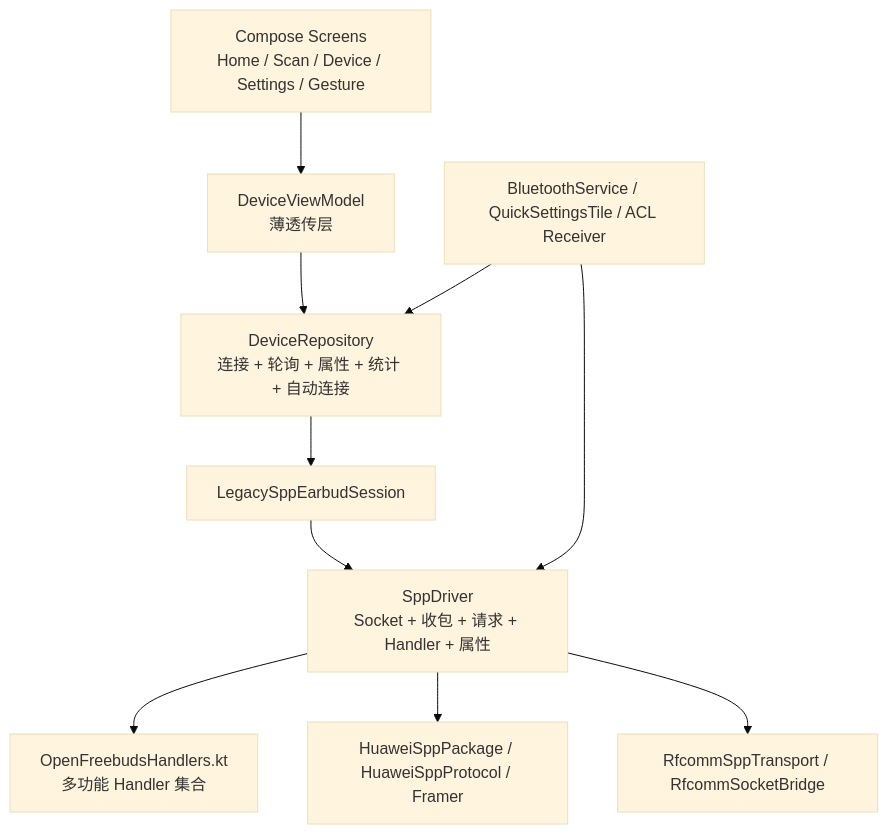
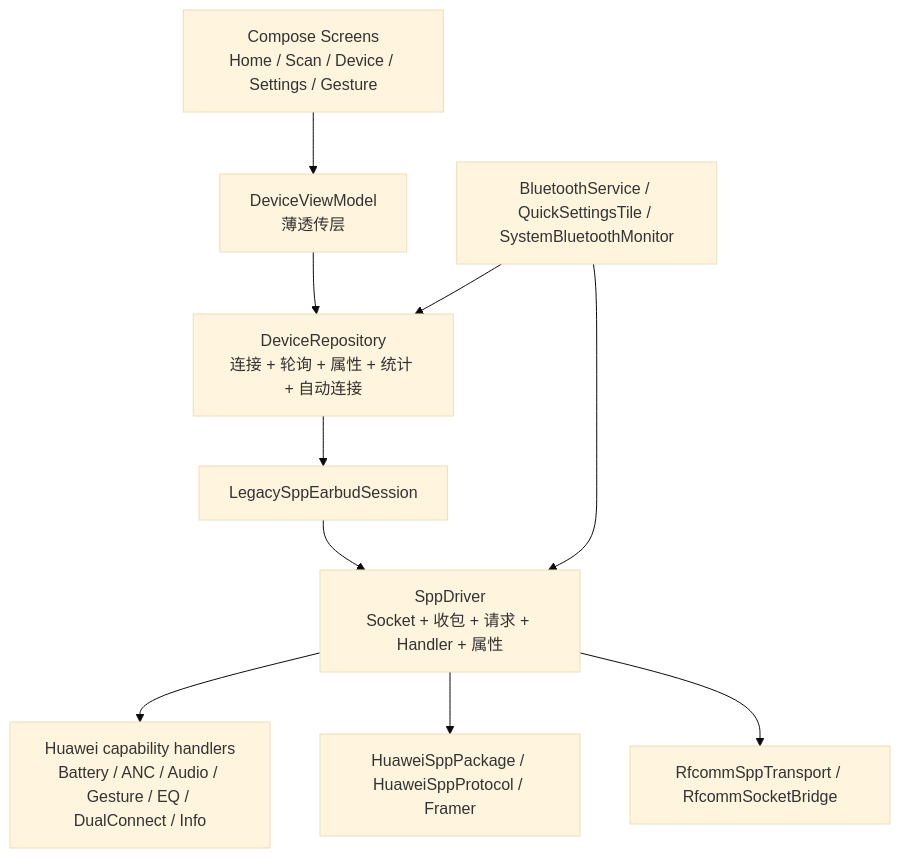
One commit to ct-yx/fxxkHilife changed the diagram in docs/REFACTOR_PLAN_UI_AND_BLUETOOTH.md. Above: the diagram before and after it, drawn with Mermaid (base theme). The commit also changed other lines of this file and 337 other files, not shown here.

````diff
--- a/docs/REFACTOR_PLAN_UI_AND_BLUETOOTH.md
+++ b/docs/REFACTOR_PLAN_UI_AND_BLUETOOTH.md
@@ -193,19 +204,19 @@
 ```mermaid
 flowchart TD
-    UI[Compose Screens\nHome / Scan / Device / Settings / Gesture]
-    VM[DeviceViewModel\n薄透传层]
-    Repo[DeviceRepository\n连接 + 轮询 + 属性 + 统计 + 自动连接]
+    UI[Compose Screens<br/>Home / Scan / Device / Settings / Gesture]
+    VM[DeviceViewModel<br/>薄透传层]
+    Repo[DeviceRepository<br/>连接 + 轮询 + 属性 + 统计 + 自动连接]
     Session[LegacySppEarbudSession]
-    Driver[SppDriver\nSocket + 收包 + 请求 + Handler + 属性]
-    Handler[OpenFreebudsHandlers.kt\n多功能 Handler 集合]
+    Driver[SppDriver<br/>Socket + 收包 + 请求 + Handler + 属性]
+    Handler[Huawei capability handlers<br/>Battery / ANC / Audio / Gesture / EQ / DualConnect / Info]
     Protocol[HuaweiSppPackage / HuaweiSppProtocol / Framer]
     Transport[RfcommSppTransport / RfcommSocketBridge]
-    Service[BluetoothService / QuickSettingsTile / ACL Receiver]
+    Service[BluetoothService / QuickSettingsTile / SystemBluetoothMonitor]
 
     UI --> VM --> Repo --> Session --> Driver
     Driver --> Handler
     Driver --> Protocol
     Driver --> Transport
     Service --> Repo
     Service --> Driver
 ```
````
